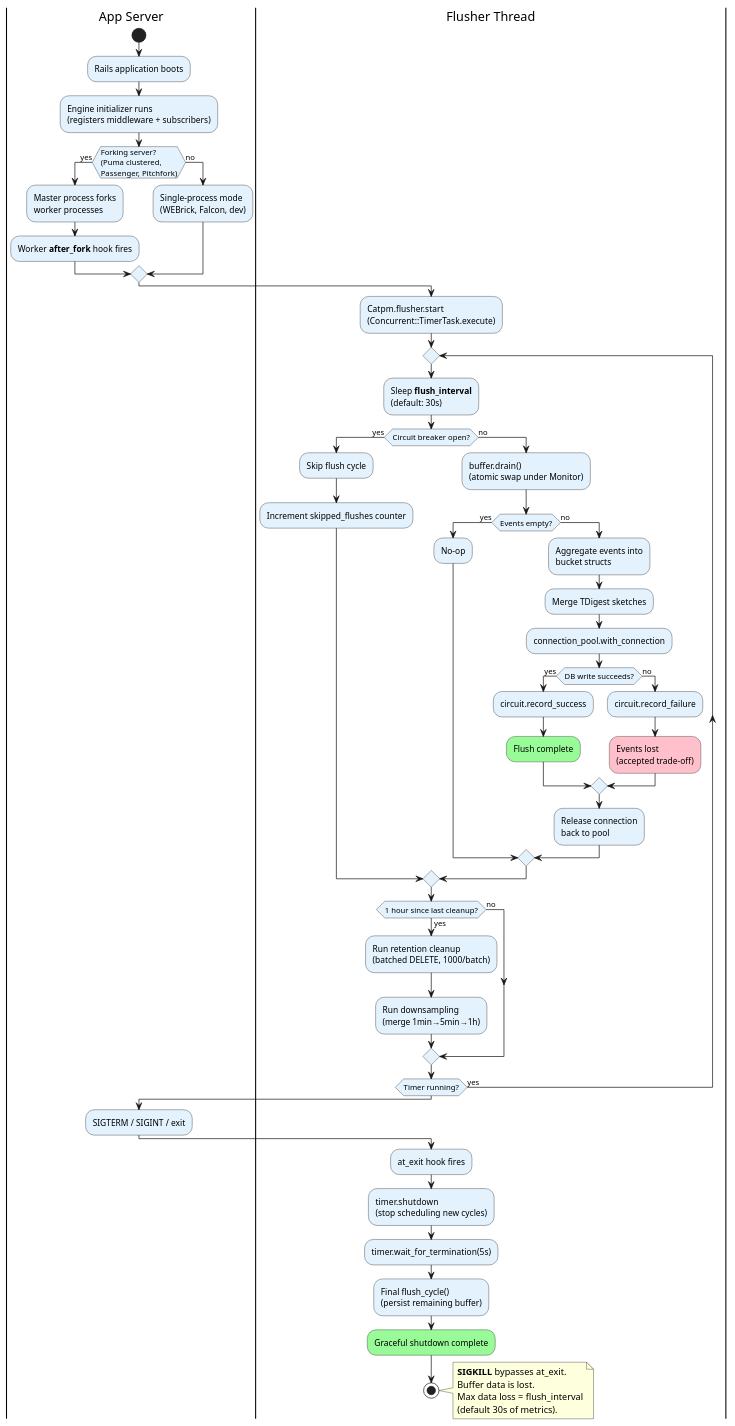
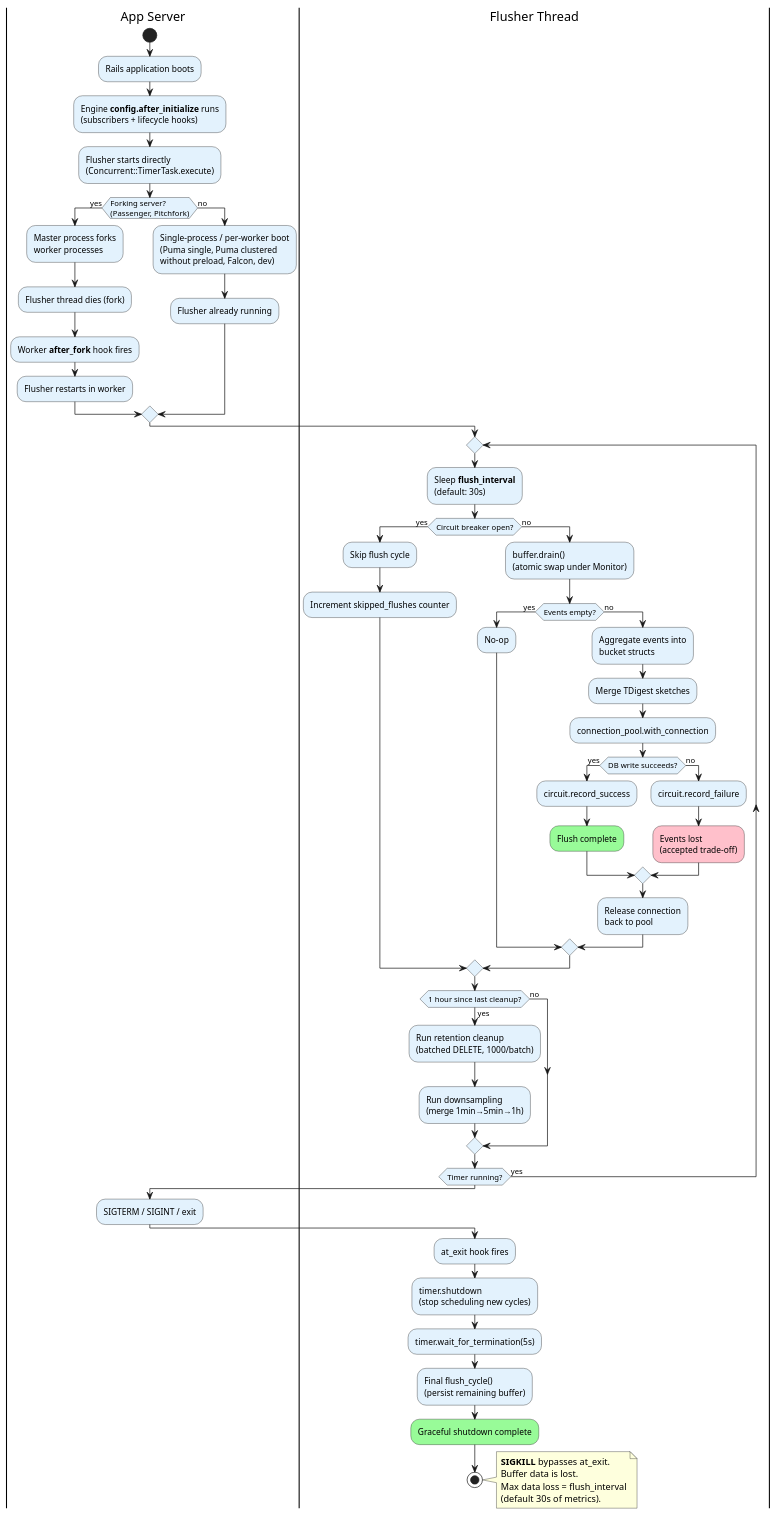
Before and after one commit to ternaryCat/catpm: the fifth of 8 diagrams in docs/architecture_proposal.md, drawn with PlantUML. The commit also changed other lines of this file and 17 other files, not shown here.

````diff
--- a/docs/architecture_proposal.md
+++ b/docs/architecture_proposal.md
@@ -693,79 +730,82 @@
 ```plantuml
 @startuml flusher_lifecycle
 skinparam backgroundColor white
 skinparam activityDiamondBackgroundColor #fff9c4
 skinparam activityBackgroundColor #e3f2fd
 
 |App Server|
 start
 :Rails application boots;
-:Engine initializer runs\n(registers middleware + subscribers);
+:Engine **config.after_initialize** runs\n(subscribers + lifecycle hooks);
+:Flusher starts directly\n(Concurrent::TimerTask.execute);
 
-if (Forking server?\n(Puma clustered,\nPassenger, Pitchfork)) then (yes)
+if (Forking server?\n(Passenger, Pitchfork)) then (yes)
   :Master process forks\nworker processes;
+  :Flusher thread dies (fork);
   :Worker **after_fork** hook fires;
+  :Flusher restarts in worker;
 else (no)
-  :Single-process mode\n(WEBrick, Falcon, dev);
+  :Single-process / per-worker boot\n(Puma single, Puma clustered\nwithout preload, Falcon, dev);
+  :Flusher already running;
 endif
 
 |Flusher Thread|
-:Catpm.flusher.start\n(Concurrent::TimerTask.execute);
 
 repeat
   :Sleep **flush_interval**\n(default: 30s);
 
   if (Circuit breaker open?) then (yes)
     :Skip flush cycle;
     :Increment skipped_flushes counter;
   else (no)
     :buffer.drain()\n(atomic swap under Monitor);
 
     if (Events empty?) then (yes)
       :No-op;
     else (no)
       :Aggregate events into\nbucket structs;
       :Merge TDigest sketches;
 
       :connection_pool.with_connection;
 
       if (DB write succeeds?) then (yes)
         :circuit.record_success;
         #palegreen:Flush complete;
       else (no)
         :circuit.record_failure;
         #pink:Events lost\n(accepted trade-off);
       endif
 
       :Release connection\nback to pool;
     endif
   endif
 
   if (1 hour since last cleanup?) then (yes)
     :Run retention cleanup\n(batched DELETE, 1000/batch);
     :Run downsampling\n(merge 1min→5min→1h);
   else (no)
   endif
 
 repeat while (Timer running?) is (yes)
 
 |App Server|
 :SIGTERM / SIGINT / exit;
 
 |Flusher Thread|
 :at_exit hook fires;
 :timer.shutdown\n(stop scheduling new cycles);
 :timer.wait_for_termination(5s);
 :Final flush_cycle()\n(persist remaining buffer);
 #palegreen:Graceful shutdown complete;
 
 stop
 
 note right
   **SIGKILL** bypasses at_exit.
   Buffer data is lost.
   Max data loss = flush_interval
   (default 30s of metrics).
 end note
 
 @enduml
 ```
````
